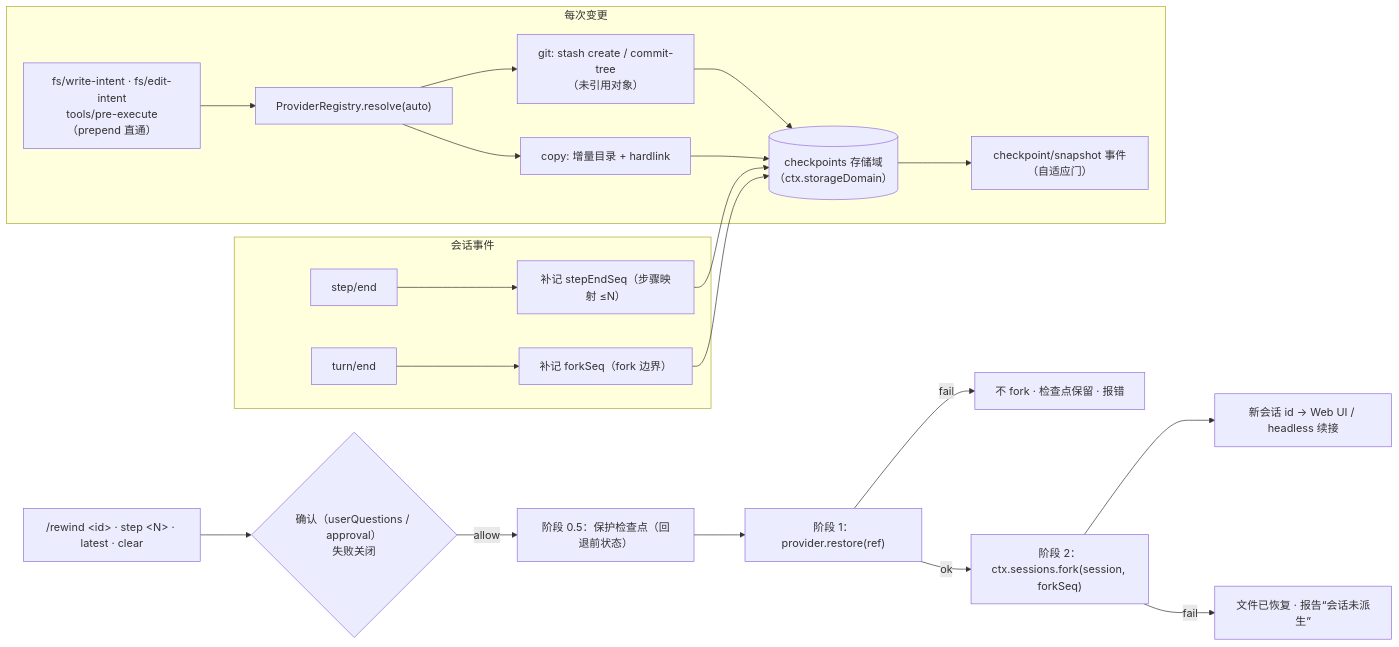
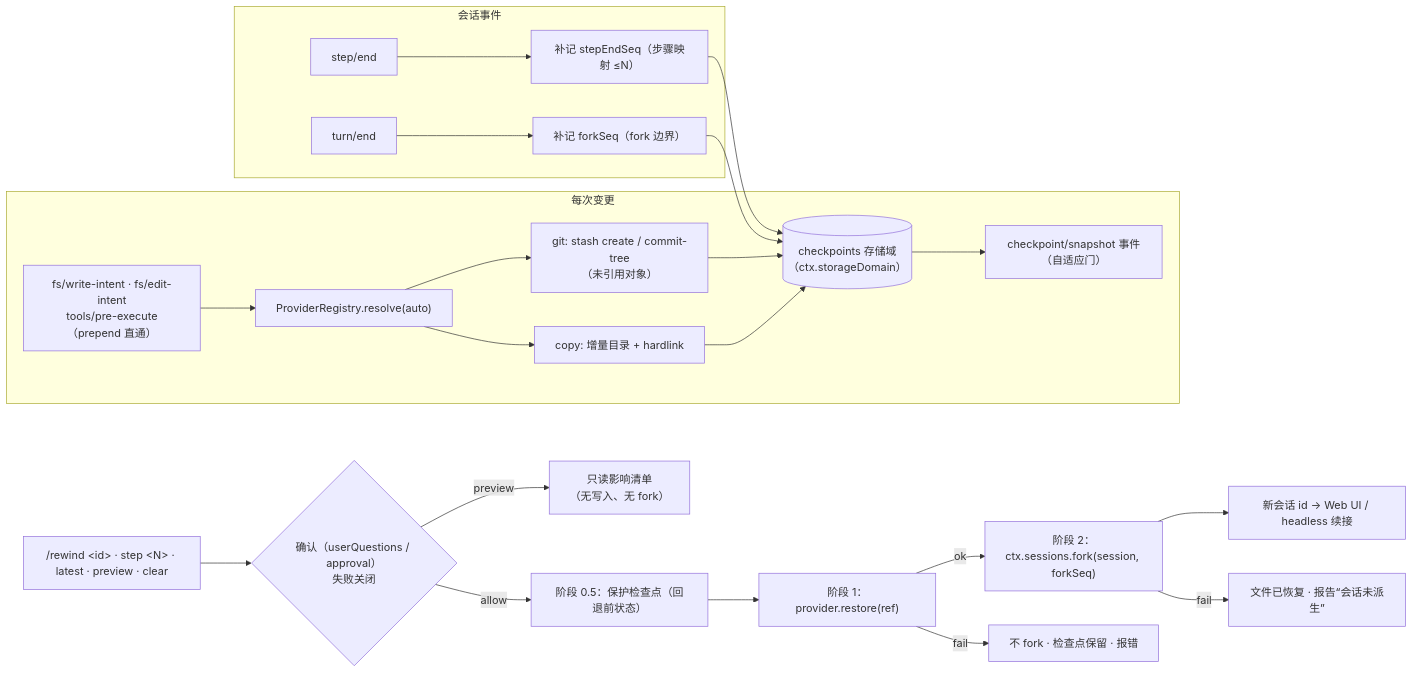
The diagram in README.zh.md (PerryLink/dsh-checkpoint-rewind), drawn with Mermaid before and after one commit. The commit also changed other lines of this file and 8 other files, not shown here.

Commit message:
docs: 0.4.0 —— 五语 README 同步（preview/glob/安全加固/演示与测试数 160）、ARCHITECTURE D14-D16、CHANGELOG 0.4.0 定版、SECURITY 资源面与不变量、AGENTS 布局图补 projection.mjs

````diff
--- a/README.zh.md
+++ b/README.zh.md
@@ -185,24 +205,25 @@
 ```mermaid
 flowchart LR
   subgraph capture["每次变更"]
     A["fs/write-intent · fs/edit-intent<br/>tools/pre-execute（prepend 直通）"] --> B["ProviderRegistry.resolve(auto)"]
     B --> C["git: stash create / commit-tree<br/>（未引用对象）"]
     B --> D["copy: 增量目录 + hardlink"]
     C --> E[("checkpoints 存储域<br/>（ctx.storageDomain）")]
     D --> E
     E --> F["checkpoint/snapshot 事件（自适应门）"]
   end
   subgraph session["会话事件"]
     G["step/end"] --> H["补记 stepEndSeq（步骤映射 ≤N）"]
     I["turn/end"] --> J["补记 forkSeq（fork 边界）"]
     H --> E
     J --> E
   end
-  K["/rewind &lt;id&gt; · step &lt;N&gt; · latest · clear"] --> L{"确认（userQuestions / approval）<br/>失败关闭"}
+  K["/rewind &lt;id&gt; · step &lt;N&gt; · latest · preview · clear"] --> L{"确认（userQuestions / approval）<br/>失败关闭"}
+  L -->|preview| KP["只读影响清单<br/>（无写入、无 fork）"]
   L -->|allow| M["阶段 0.5：保护检查点（回退前状态）"]
   M --> N["阶段 1：provider.restore(ref)"]
   N -->|ok| O["阶段 2：ctx.sessions.fork(session, forkSeq)"]
   O --> P["新会话 id → Web UI / headless 续接"]
   N -->|fail| Q["不 fork · 检查点保留 · 报错"]
   O -->|fail| R["文件已恢复 · 报告“会话未派生”"]
 ```
````
